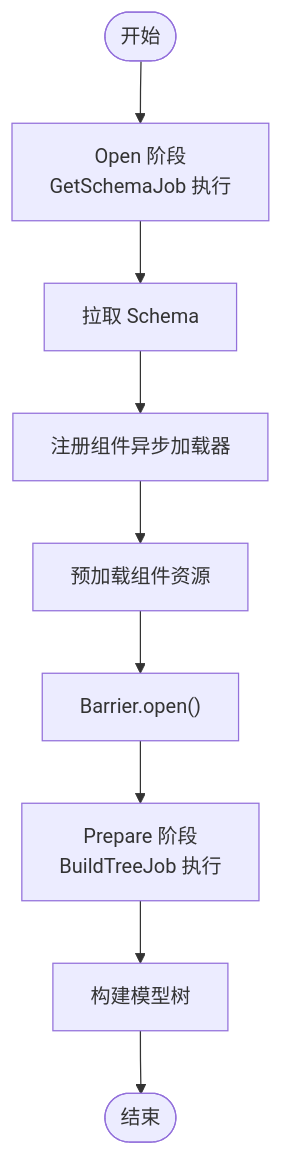
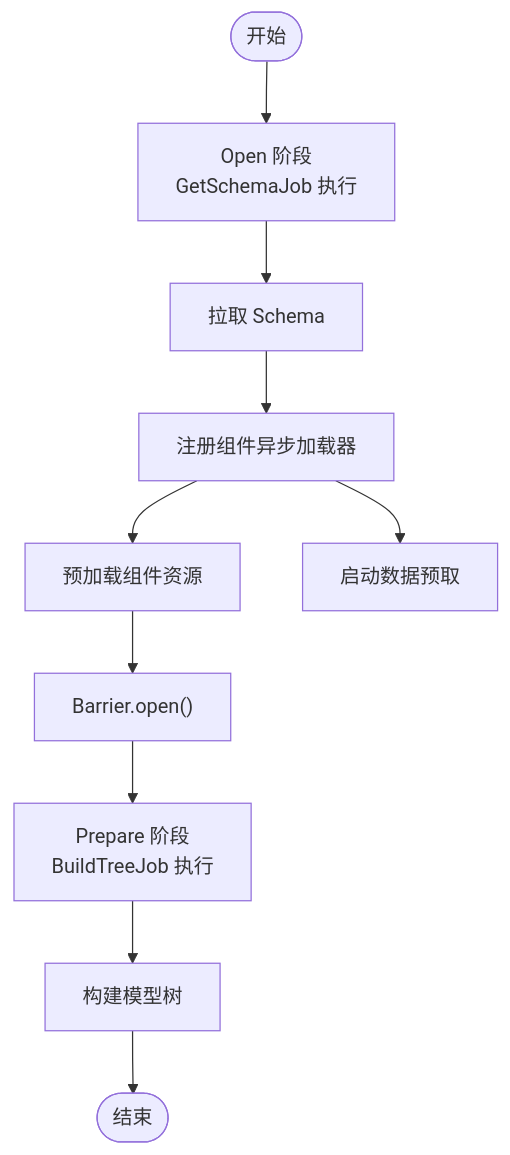
The fourth of 7 diagrams in .qoder/repowiki/zh/content/任务系统/Job调度/任务类型/GetSchemaJob.md (pomeloneo/mobile-builder-arch-demo), drawn with Mermaid before and after one commit. The commit also changed other lines of this file and 211 other files, not shown here.

````diff
--- a/.qoder/repowiki/zh/content/任务系统/Job调度/任务类型/GetSchemaJob.md
+++ b/.qoder/repowiki/zh/content/任务系统/Job调度/任务类型/GetSchemaJob.md
@@ -192,11 +210,12 @@
 ```mermaid
 flowchart TD
 Start(["开始"]) --> Open["Open 阶段<br/>GetSchemaJob 执行"]
 Open --> Fetch["拉取 Schema"]
 Fetch --> Register["注册组件异步加载器"]
 Register --> Preload["预加载组件资源"]
+Register --> Prefetch["启动数据预取"]
 Preload --> BarrierOpen["Barrier.open()"]
 BarrierOpen --> Prepare["Prepare 阶段<br/>BuildTreeJob 执行"]
 Prepare --> Build["构建模型树"]
 Build --> End(["结束"])
 ```
````
